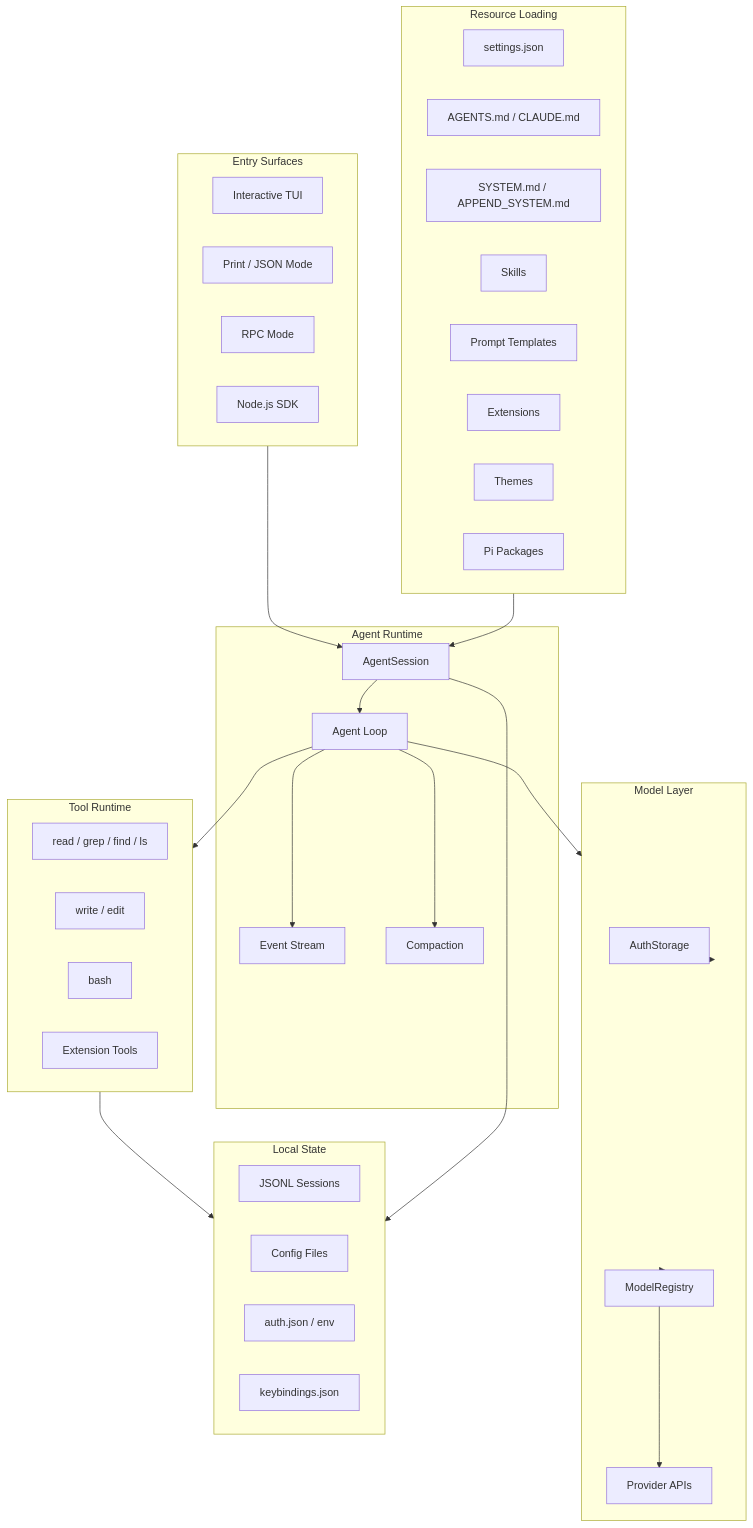
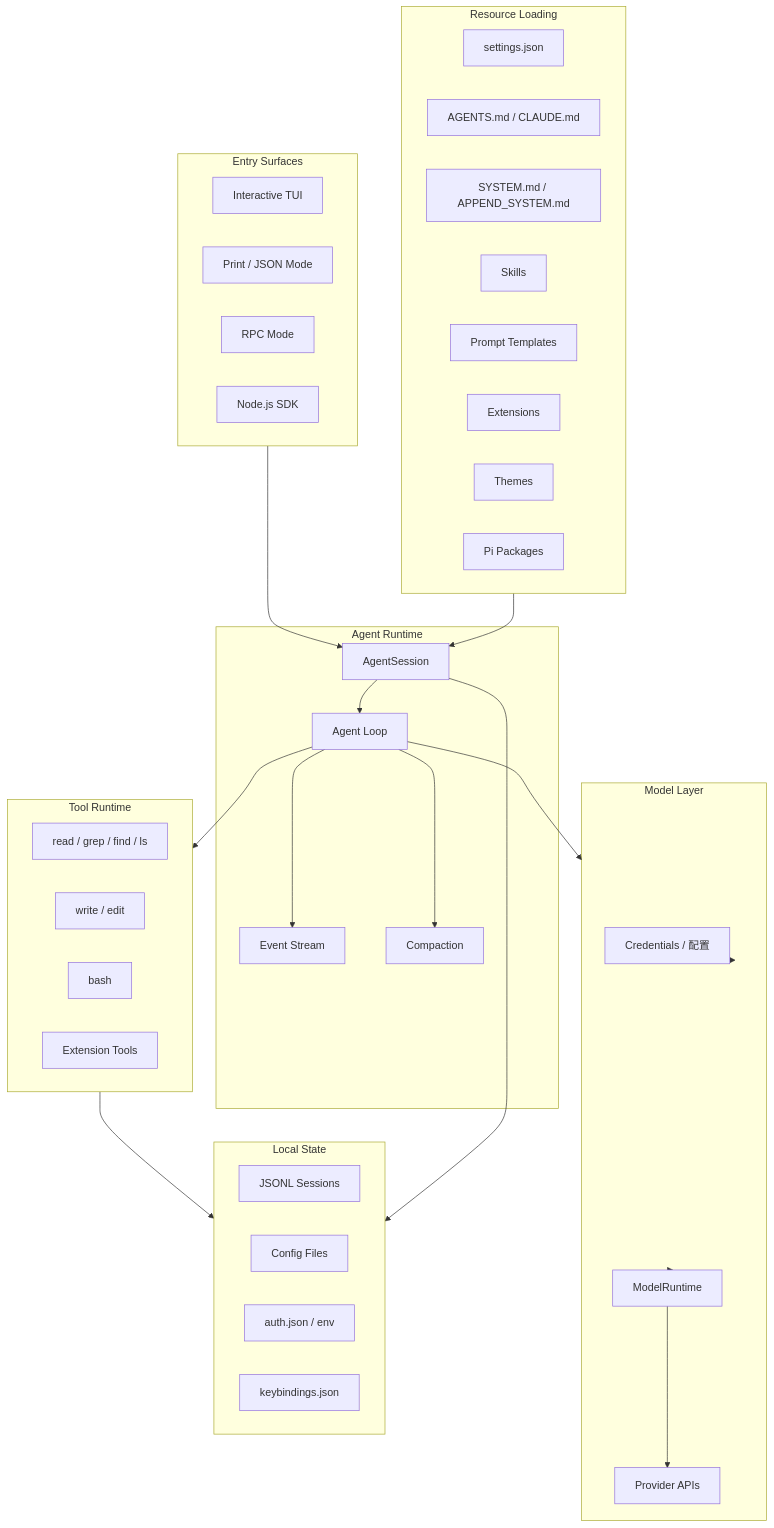
One commit to wxquare/wxquare.github.io changed the first of 3 diagrams in books/ai-book/src/part3/03-pi-agent-architecture.md. Above: the diagram before and after it, drawn with Mermaid. The commit also changed other lines of this file and 10 other files, not shown here.

````diff
--- a/books/ai-book/src/part3/03-pi-agent-architecture.md
+++ b/books/ai-book/src/part3/03-pi-agent-architecture.md
@@ -118,60 +118,60 @@
 ```mermaid
 flowchart TB
     subgraph Entry["Entry Surfaces"]
         TUI["Interactive TUI"]
         Print["Print / JSON Mode"]
         RPC["RPC Mode"]
         SDK["Node.js SDK"]
     end
 
     subgraph Session["Agent Runtime"]
         AgentSession["AgentSession"]
         Loop["Agent Loop"]
         Events["Event Stream"]
         Compaction["Compaction"]
     end
 
     subgraph Resources["Resource Loading"]
         Settings["settings.json"]
         ContextFiles["AGENTS.md / CLAUDE.md"]
         SystemFiles["SYSTEM.md / APPEND_SYSTEM.md"]
         Skills["Skills"]
         Prompts["Prompt Templates"]
         Extensions["Extensions"]
         Themes["Themes"]
         Packages["Pi Packages"]
     end
 
     subgraph Model["Model Layer"]
-        Auth["AuthStorage"]
-        Registry["ModelRegistry"]
+        Auth["Credentials / 配置"]
+        Registry["ModelRuntime"]
         Providers["Provider APIs"]
     end
 
     subgraph Tools["Tool Runtime"]
         Read["read / grep / find / ls"]
         Write["write / edit"]
         Bash["bash"]
         CustomTools["Extension Tools"]
     end
 
     subgraph Storage["Local State"]
         Sessions["JSONL Sessions"]
         Config["Config Files"]
         Credentials["auth.json / env"]
         Keybindings["keybindings.json"]
     end
 
     Entry --> AgentSession
     AgentSession --> Loop
     Loop --> Model
     Loop --> Tools
     Loop --> Events
     Loop --> Compaction
     Resources --> AgentSession
     Model --> Auth
     Model --> Registry
     Registry --> Providers
     Tools --> Storage
     AgentSession --> Storage
 ```
````
